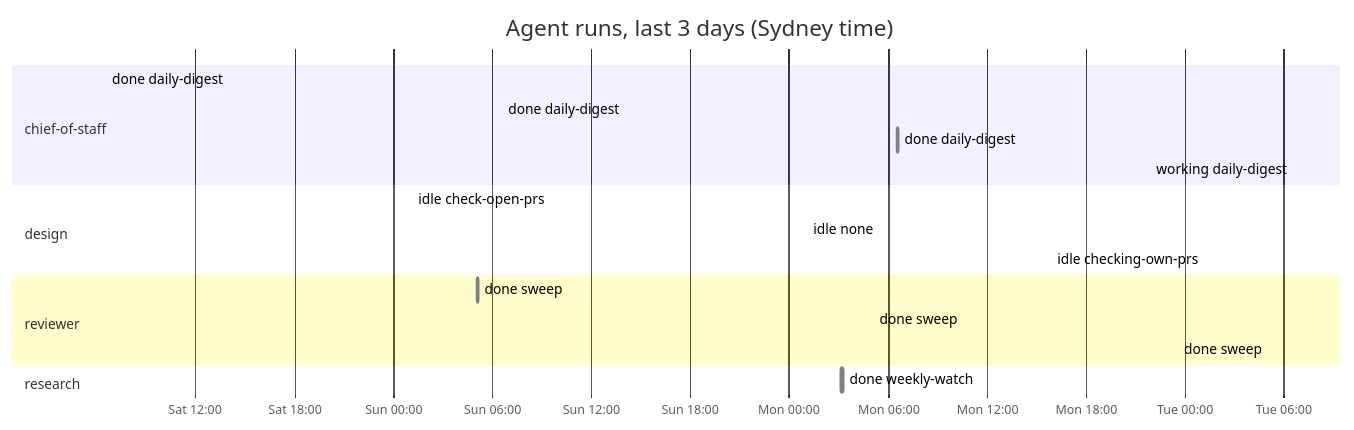
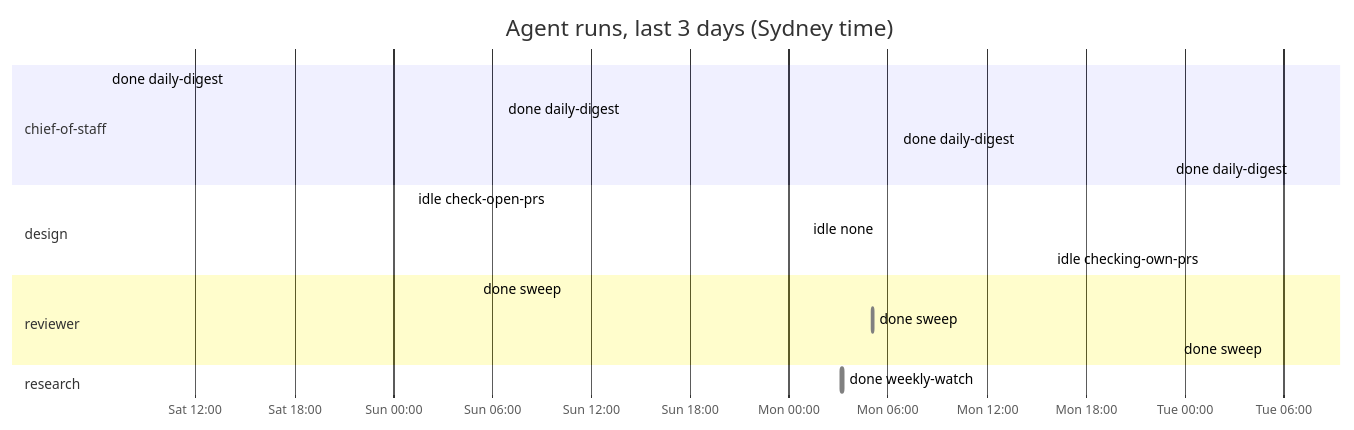
One commit to roulmediateam-byte/fifteen-expert-hq changed the diagram in dashboard.md. Above: the diagram before and after it, drawn with Mermaid. The commit also changed other lines of this file and 1 other file, not shown here.

````diff
--- a/dashboard.md
+++ b/dashboard.md
@@ -43,21 +44,21 @@
 ```mermaid
 gantt
     title Agent runs, last 3 days (Sydney time)
     dateFormat YYYY-MM-DD HH:mm
     axisFormat %a %H:%M
     section chief-of-staff
     done daily-digest :done, 2026-11-14 06:35, 2026-11-14 06:36
     done daily-digest :done, 2026-11-15 06:35, 2026-11-15 06:36
     done daily-digest :done, 2026-11-16 06:35, 2026-11-16 06:36
-    working daily-digest :active, 2026-11-17 06:35, 2026-11-17 06:35
+    done daily-digest :done, 2026-11-17 06:35, 2026-11-17 06:36
     section design
     idle check-open-prs :done, 2026-11-15 01:08, 2026-11-15 01:09
     idle none :done, 2026-11-16 01:08, 2026-11-16 01:08
     idle checking-own-prs :done, 2026-11-17 01:12, 2026-11-17 01:12
     section reviewer
     done sweep :done, 2026-11-15 05:07, 2026-11-15 05:08
     done sweep :done, 2026-11-16 05:05, 2026-11-16 05:06
     done sweep :done, 2026-11-17 05:05, 2026-11-17 05:05
     section research
     done weekly-watch :done, 2026-11-16 03:10, 2026-11-16 03:17
 ```
````
